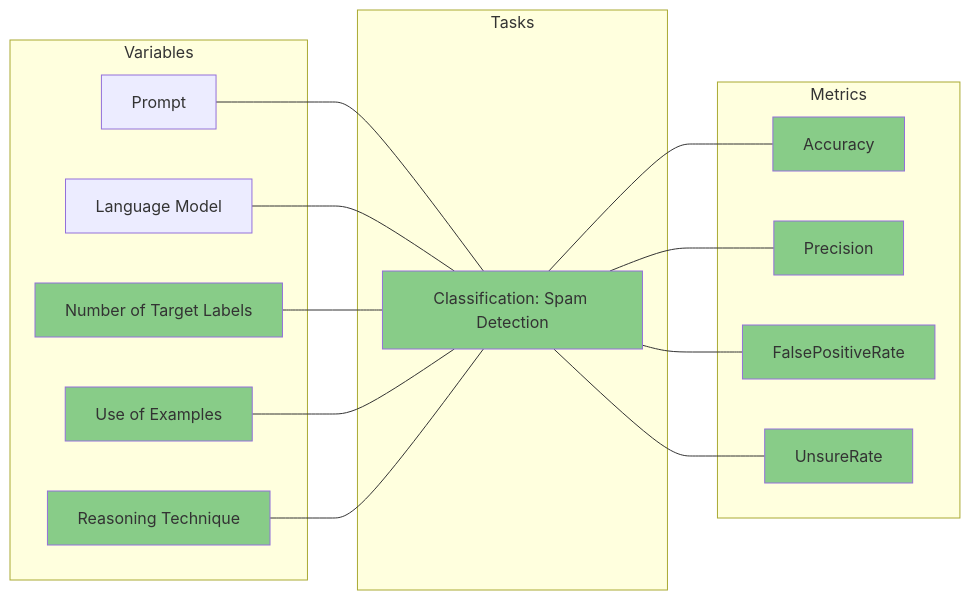
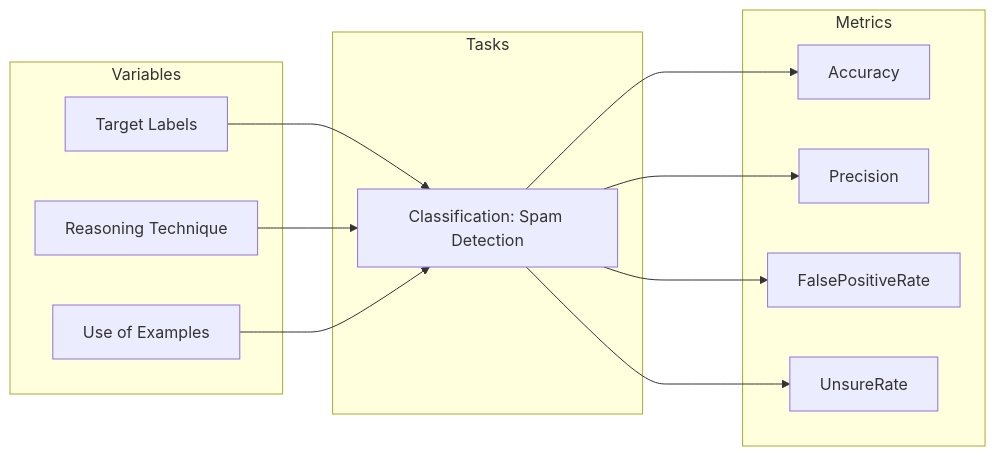
The diagram in docs/experiment1.mmd (aadityabhatia/polis-argmap), drawn with Mermaid before and after one commit. The commit also changed 30 other files, not shown here.

```diff
--- a/docs/experiment1.mmd
+++ b/docs/experiment1.mmd
@@ -1,21 +1,22 @@
 flowchart LR
     subgraph Metrics
-        Accuracy:::selected
-        Precision:::selected
-        FalsePositiveRate:::selected
-        UnsureRate:::selected
+        Accuracy
+        Precision
+        FalsePositiveRate
+        UnsureRate
     end
 
     subgraph Tasks
-        Classification --- Accuracy & Precision & FalsePositiveRate & UnsureRate
-        Classification[Classification: Spam Detection]:::selected
+        Classification ---> Accuracy & Precision & FalsePositiveRate & UnsureRate
+        Classification[Classification: Spam Detection]
     end
 
     subgraph Variables
-        Prompt & LanguageModel[Language Model] --- Classification
-        TargetLabels[Number of Target Labels]:::selected --- Classification
-        Examples[Use of Examples]:::selected --- Classification
-        ReasoningTechnique[Reasoning Technique]:::selected --- Classification
+        TargetLabels[Target Labels]
+        TargetLabels --> Classification
+        %% TargetLabels --> ThreeClass[ACCEPT, UNSURE, REJECT]
+        %% TargetLabels --> SevenClass[ACCEPT, UNSURE, \nSPAM, IRRELEVANT, \nUNPROFESSIONAL, SCOPE, COMPLEX]
+        %% ThreeClass & SevenClass --> Classification
+        ReasoningTechnique[Reasoning Technique] --> Classification
+        Examples[Use of Examples] --> Classification
     end
-
-    classDef selected fill:#8c8
```
